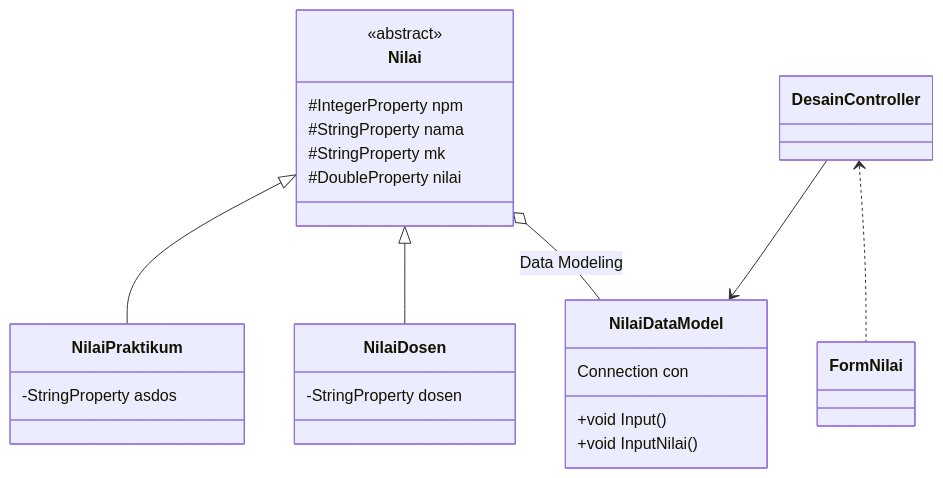
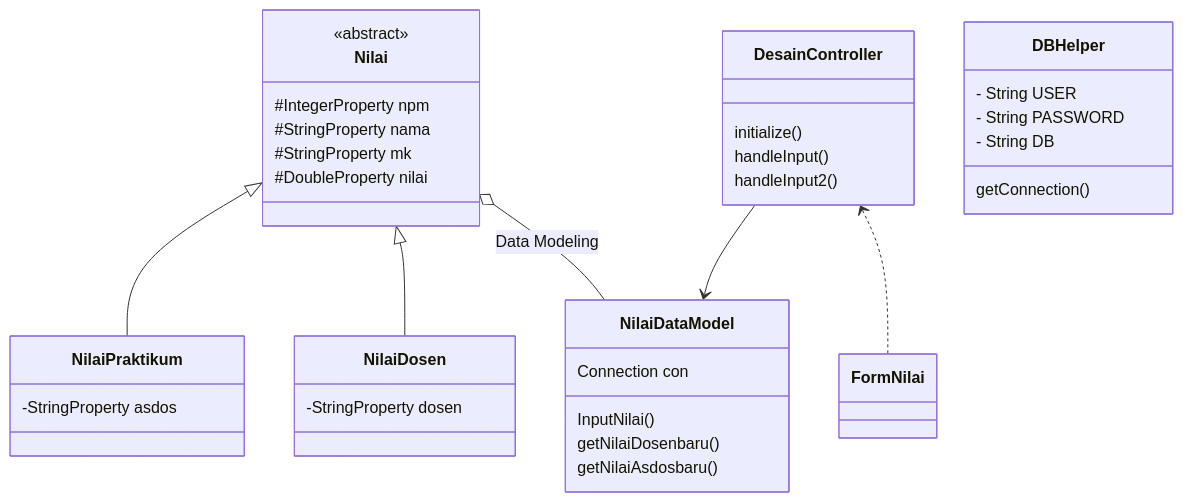
One commit to fikriaslamt/Tugas-Akhir-PBO changed the diagram in README.md. Above: the diagram before and after it, drawn with Mermaid. The commit also changed other lines of this file, not shown here.

````diff
--- a/README.md
+++ b/README.md
@@ -8,30 +8,39 @@
 ```mermaid
 classDiagram
     Nilai <|-- NilaiPraktikum
     Nilai <|-- NilaiDosen
     Nilai o-- NilaiDataModel : Data Modeling
     DesainController --> NilaiDataModel
     DesainController <.. FormNilai
 
     class Nilai{
         <<abstract>>
         #IntegerProperty npm
         #StringProperty nama
         #StringProperty mk
         #DoubleProperty nilai
     }
     class NilaiPraktikum{
         -StringProperty asdos
     }
     class NilaiDosen{
         -StringProperty dosen
     }
     class NilaiDataModel{
         Connection con
-        +void Input()
-        +void InputNilai()
+        InputNilai()
+        getNilaiDosenbaru()
+        getNilaiAsdosbaru()
     }
     class DesainController{
-    
+        initialize()
+        handleInput()
+        handleInput2()
+    }
+    class DBHelper{
+        - String USER
+        - String PASSWORD
+        - String DB
+        getConnection()
     }
 ```
````
